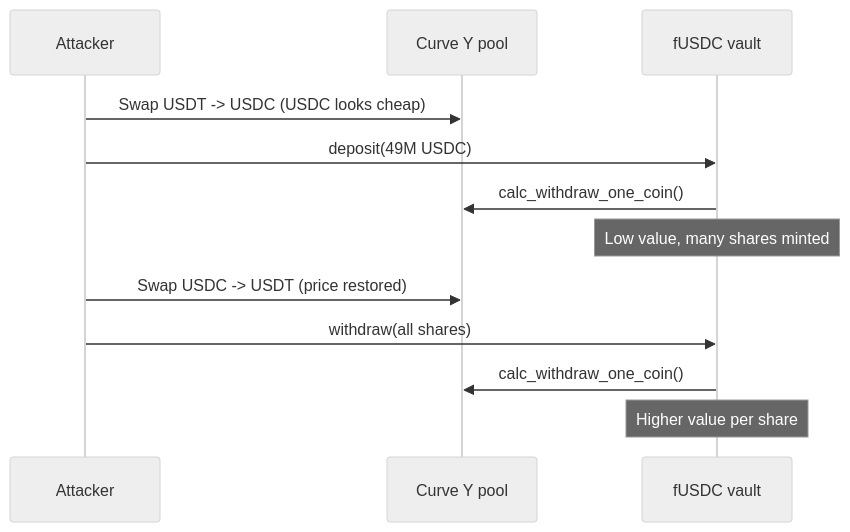
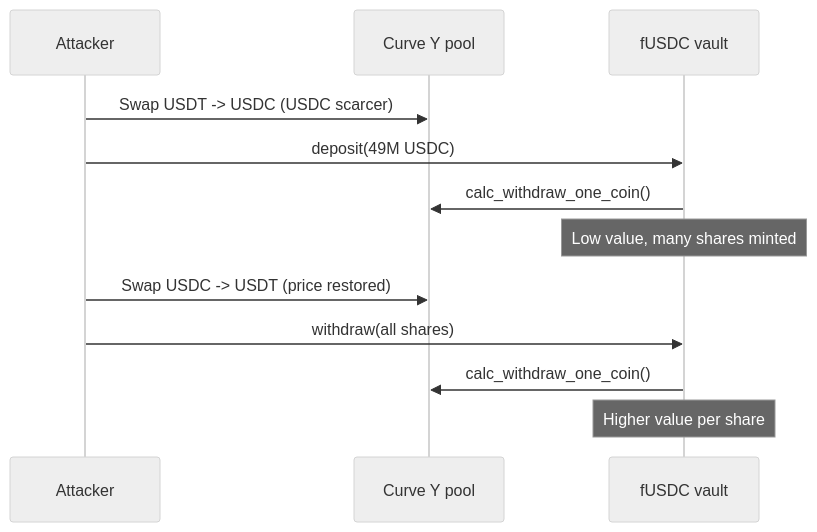
One commit to rya-sge/access-denied changed the first of 2 diagrams in _posts/2026-10-07-crypto-hacks-2020-technical-concepts.md. Above: the diagram before and after it, drawn with Mermaid (neutral theme). The commit also changed other lines of this file and 50 other files, not shown here.

````diff
--- a/_posts/2026-10-07-crypto-hacks-2020-technical-concepts.md
+++ b/_posts/2026-10-07-crypto-hacks-2020-technical-concepts.md
@@ -69,14 +69,14 @@
 ```mermaid
 sequenceDiagram
     participant A as Attacker
     participant C as Curve Y pool
     participant V as fUSDC vault
-    A->>C: Swap USDT -> USDC (USDC looks cheap)
+    A->>C: Swap USDT -> USDC (USDC scarcer)
     A->>V: deposit(49M USDC)
     V->>C: calc_withdraw_one_coin()
     Note over V: Low value, many shares minted
     A->>C: Swap USDC -> USDT (price restored)
     A->>V: withdraw(all shares)
     V->>C: calc_withdraw_one_coin()
     Note over V: Higher value per share
 ```
````
